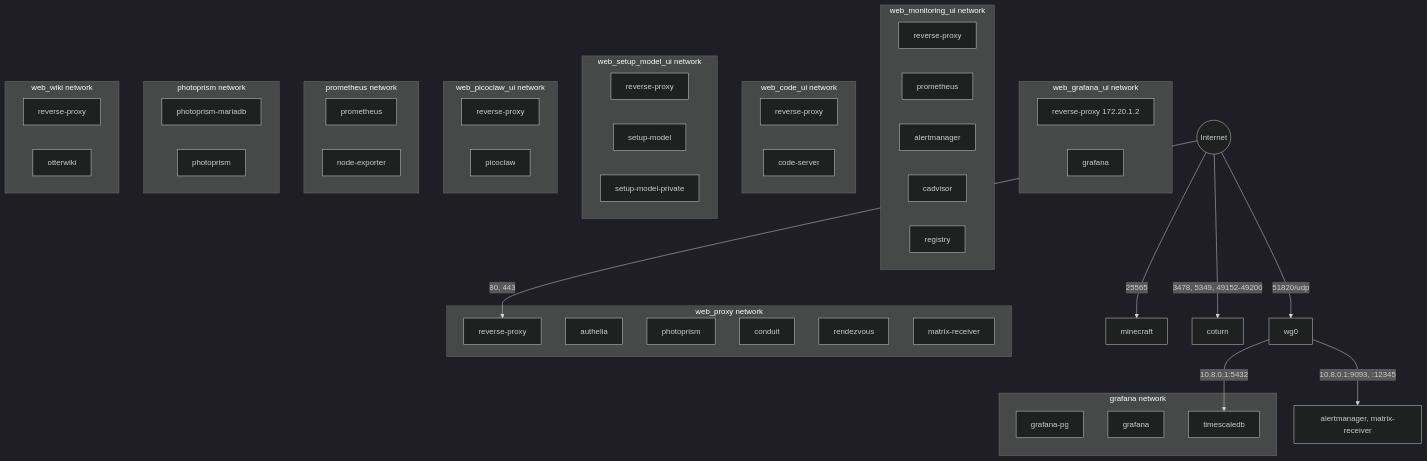
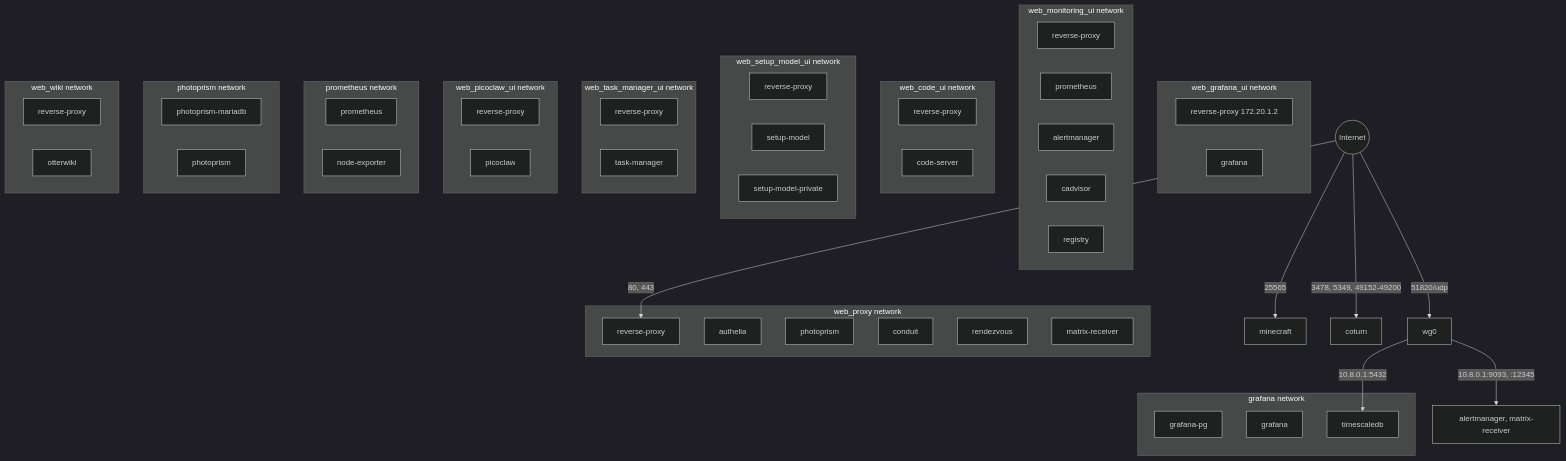
Before and after one commit to Waxolunist/ansible-docker-server: the fourth of 6 diagrams in ARCHITECTURE.md, drawn with Mermaid (dark theme). The commit also changed other lines of this file and 6 other files, not shown here.

Commit message:
web: serve task-manager.html at tasks.v-collaborate.com (TASK-258)

````diff
--- a/ARCHITECTURE.md
+++ b/ARCHITECTURE.md
@@ -247,68 +249,73 @@
 ```mermaid
 graph TB
     subgraph proxy_net[web_proxy network]
         RP[reverse-proxy]
         AUTH[authelia]
         PP[photoprism]
         CO[conduit]
         RV[rendezvous]
         MR[matrix-receiver]
     end
 
     subgraph grafana_ui_net[web_grafana_ui network]
         RP3[reverse-proxy 172.20.1.2]
         GR[grafana]
     end
 
     subgraph monitoring_ui_net[web_monitoring_ui network]
         RP4[reverse-proxy]
         PROM[prometheus]
         AM[alertmanager]
         CA[cadvisor]
         REG[registry]
     end
 
     subgraph code_ui_net[web_code_ui network]
         RP5[reverse-proxy]
         CS[code-server]
     end
 
     subgraph setup_model_ui_net[web_setup_model_ui network]
         RP8[reverse-proxy]
         SM[setup-model]
         SMP[setup-model-private]
     end
 
+    subgraph task_manager_ui_net[web_task_manager_ui network]
+        RP9[reverse-proxy]
+        TM[task-manager]
+    end
+
     subgraph picoclaw_ui_net[web_picoclaw_ui network]
         RP6[reverse-proxy]
         PC[picoclaw]
     end
 
     subgraph prom_net[prometheus network]
         PROM2[prometheus]
         NE[node-exporter]
     end
 
     subgraph graf_net[grafana network]
         GPG[grafana-pg]
         GR2[grafana]
         TS[timescaledb]
     end
 
     subgraph photo_net[photoprism network]
         PM[photoprism-mariadb]
         PP2[photoprism]
     end
 
     subgraph wiki_net[web_wiki network]
         RP2[reverse-proxy]
         OW[otterwiki]
     end
 
     INTERNET((Internet)) -->|80, 443| RP
     INTERNET -->|25565| MC[minecraft]
     INTERNET -->|3478, 5349, 49152-49200| CT[coturn]
     INTERNET -->|51820/udp| WG0[wg0]
     WG0 -->|10.8.0.1:5432| TS
     WG0 -->|10.8.0.1:9093, :12345| AMX[alertmanager, matrix-receiver]
 ```
````
